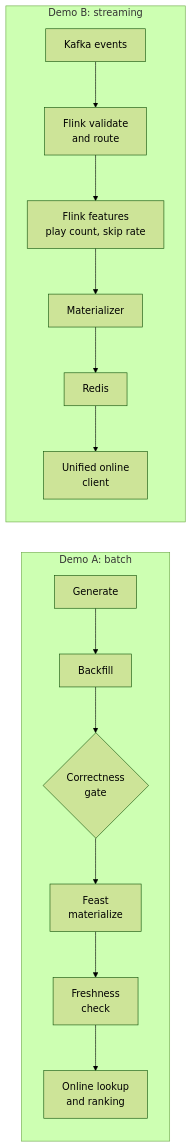
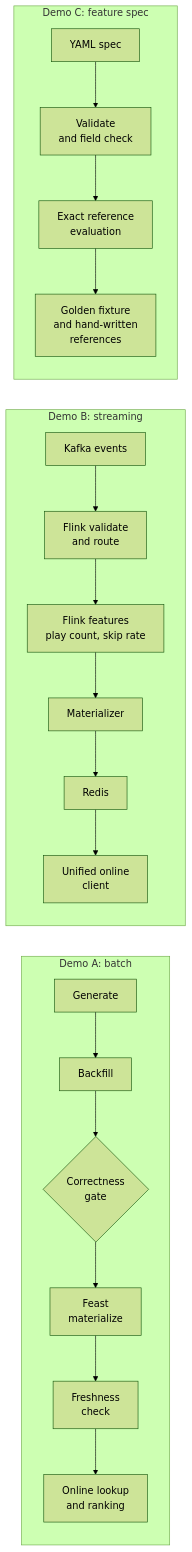
The diagram in docs/demo.md (oster-dev/featureforge), drawn with Mermaid (forest theme) before and after one commit. The commit also changed other lines of this file and 9 other files, not shown here.

First line of the commit message:
feat: add generic spec-driven reference and event-field validation (#16)

````diff
--- a/docs/demo.md
+++ b/docs/demo.md
@@ -11,9 +13,12 @@
 ```mermaid
 flowchart LR
     subgraph A["Demo A: batch"]
         A1[Generate] --> A2[Backfill] --> A3{Correctness<br/>gate} --> A4[Feast<br/>materialize] --> A5[Freshness<br/>check] --> A6[Online lookup<br/>and ranking]
     end
     subgraph B["Demo B: streaming"]
         B1[Kafka events] --> B2[Flink validate<br/>and route] --> B3[Flink features<br/>play count, skip rate] --> B4[Materializer] --> B5[Redis] --> B6[Unified online<br/>client]
     end
+    subgraph C["Demo C: feature spec"]
+        C1[YAML spec] --> C2[Validate<br/>and field check] --> C3[Exact reference<br/>evaluation] --> C4[Golden fixture<br/>and hand-written<br/>references]
+    end
 ```
````
